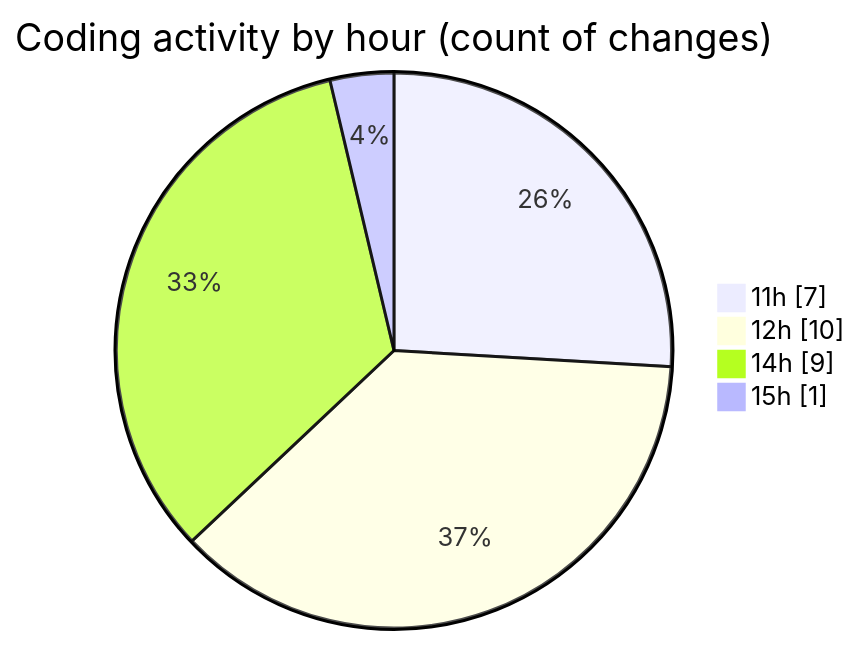
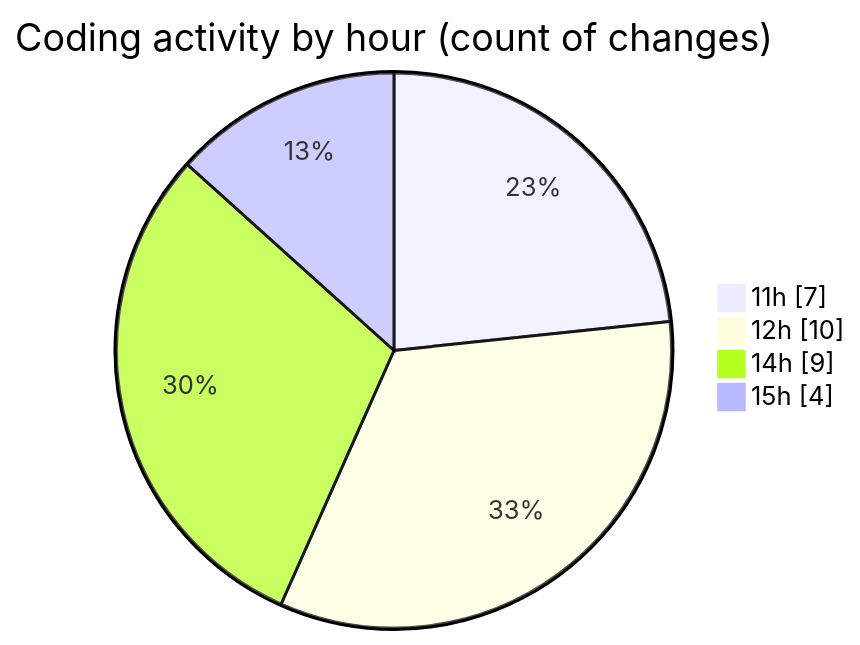
One commit to ricardozamudiocil/code-tracking changed the second of 2 diagrams in 2026-04-09/cilapp/README.md. Above: the diagram before and after it, drawn with Mermaid. The commit also changed other lines of this file and 1 other file, not shown here.

````diff
--- a/2026-04-09/cilapp/README.md
+++ b/2026-04-09/cilapp/README.md
@@ -34,8 +35,8 @@
 ```mermaid
 pie showData
 title Coding activity by hour (count of changes)
 "11h" : 7
 "12h" : 10
 "14h" : 9
-"15h" : 1
+"15h" : 4
 ```
````
